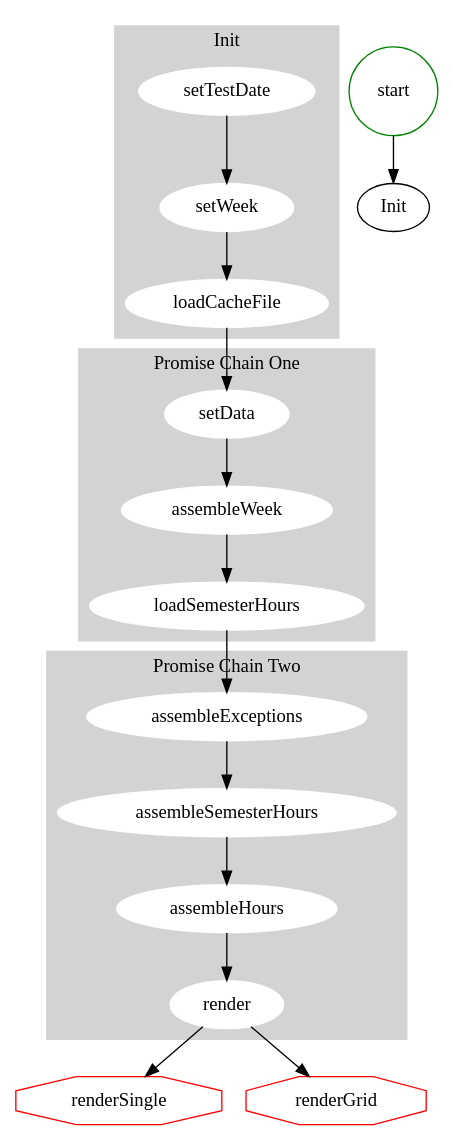
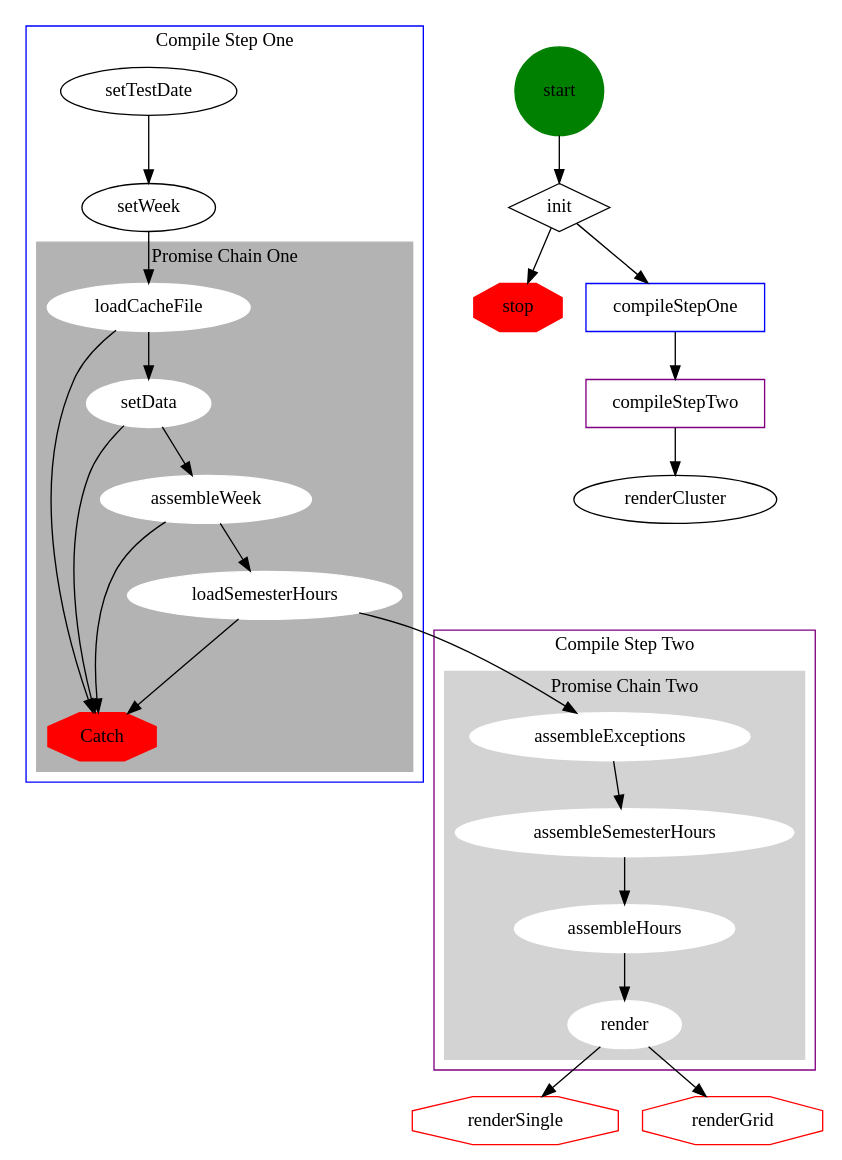
The diagram in docs/hours-loader.dot (MITLibraries/MITlibraries-parent), drawn with Graphviz before and after one commit. The commit also changed 2 other files, not shown here.

Commit message:
Moves most of init into compileStepOne behind a conditional check for markup conditions

```diff
--- a/docs/hours-loader.dot
+++ b/docs/hours-loader.dot
@@ -1,34 +1,75 @@
 digraph G {
-	subgraph cluster_0 {
-		style=filled;
-		color=lightgrey;
-		node [style=filled,color=white];
+	subgraph cluster_1 {
+		label = "Compile Step One";
+		color=blue;
 		setTestDate -> setWeek -> loadCacheFile
-		label = "Init";
+
+		subgraph cluster_2 {
+			label="Promise Chain One";
+			style=filled;
+			color=grey70;
+			node [style=filled,color=white];
+			loadCacheFile -> setData -> assembleWeek -> loadSemesterHours
+			loadCacheFile -> error1
+			setData -> error1
+			assembleWeek -> error1
+			loadSemesterHours -> error1
+		}
 	}
 
-	subgraph cluster_1 {
-		style=filled;
-		color=lightgrey;
-		node [style=filled,color=white];
-		loadCacheFile -> setData -> assembleWeek -> loadSemesterHours
-		label = "Promise Chain One";
+	subgraph cluster_3 {
+		label = "Compile Step Two";
+		color = purple;
+
+		subgraph cluster_3 {
+			style=filled;
+			color=lightgrey;
+			node [style=filled,color=white];
+			assembleExceptions -> assembleSemesterHours -> assembleHours -> render
+			label = "Promise Chain Two";
+		}
 	}
 
-	subgraph cluster_2 {
-		style=filled;
-		color=lightgrey;
-		node [style=filled,color=white];
-		assembleExceptions -> assembleSemesterHours -> assembleHours -> render
-		label = "Promise Chain Two";
-	}
-
-	start -> Init
+	start -> init
+	init -> compileStepOne
+	compileStepOne -> compileStepTwo
+	compileStepTwo -> renderCluster
+	init -> stop;
 	loadSemesterHours -> assembleExceptions
 	render -> renderSingle
 	render -> renderGrid
 
-	start [shape=circle,color=green];
+	compileStepOne [
+		shape=box,
+		color=blue
+	];
+	compileStepTwo [
+		shape=box,
+		color=purple
+	];
+	error1 [
+		style=filled,
+		shape=octagon,
+		color=red,
+		label="Catch"
+	];
+	init [
+		shape=diamond
+	];
+	loadCacheFile [
+		style=filled,
+		color=white
+	];
+	start [
+		style=filled,
+		shape=circle,
+		color=green
+	];
+	stop [
+		style=filled,
+		shape=octagon,
+		color=red
+	];
 	renderSingle [shape=octagon,color=red];
 	renderGrid [shape=octagon,color=red];
 }
```
